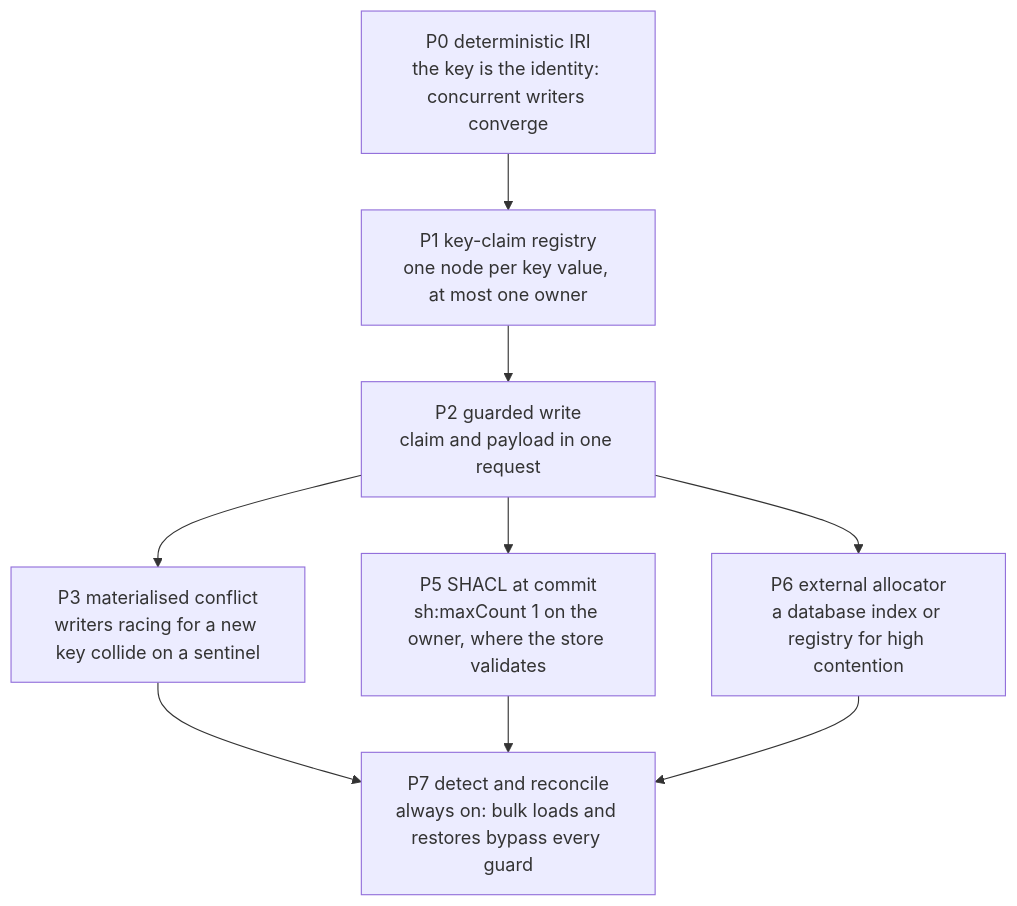
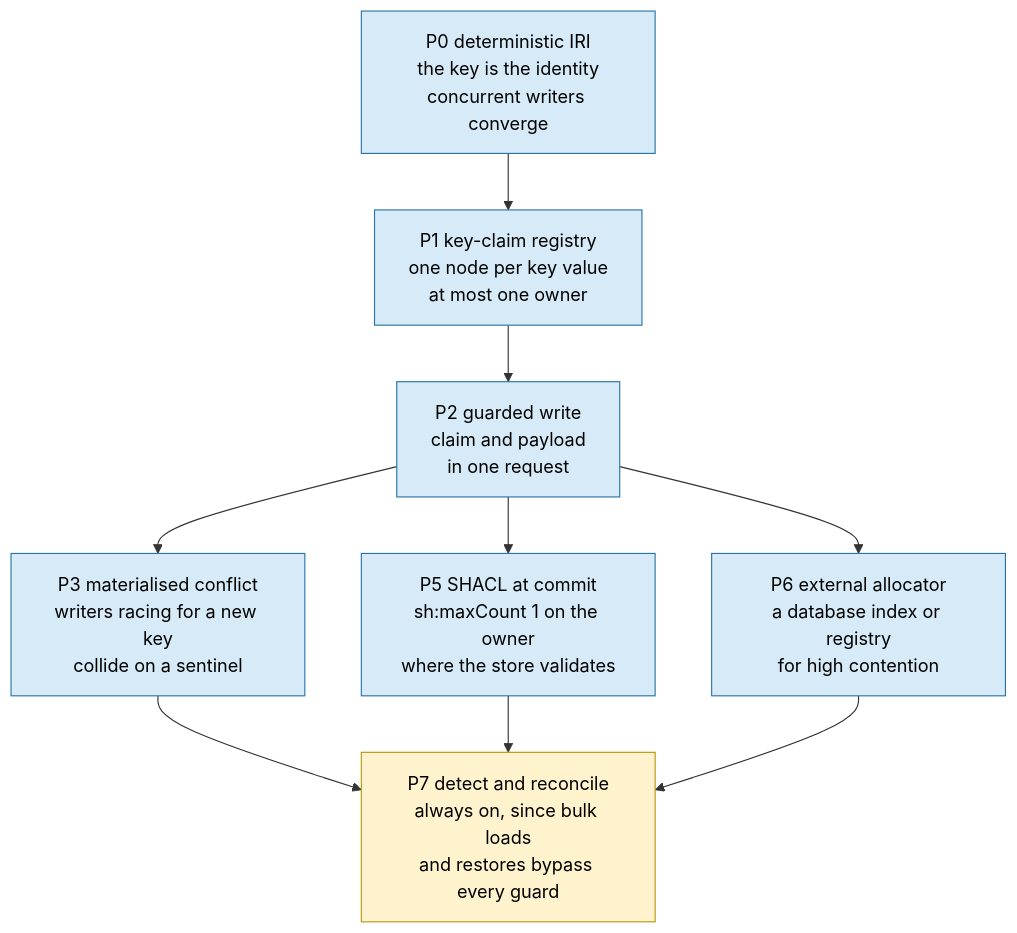
Diagram 12 of 50 in ontology/persistence/README.md (nebularis/lattice), drawn with Mermaid before and after one commit. The commit also changed other lines of this file and 9 other files, not shown here.

````diff
--- a/ontology/persistence/README.md
+++ b/ontology/persistence/README.md
@@ -1133,17 +1216,20 @@
 ```mermaid
 flowchart TB
-    P0["P0 deterministic IRI<br/>the key is the identity: concurrent writers converge"]
-    P1["P1 key-claim registry<br/>one node per key value, at most one owner"]
-    P2["P2 guarded write<br/>claim and payload in one request"]
-    P3["P3 materialised conflict<br/>writers racing for a new key collide on a sentinel"]
-    P5["P5 SHACL at commit<br/>sh:maxCount 1 on the owner, where the store validates"]
-    P6["P6 external allocator<br/>a database index or registry for high contention"]
-    P7["P7 detect and reconcile<br/>always on: bulk loads and restores bypass every guard"]
+    P0["P0 deterministic IRI<br/>the key is the identity<br/>concurrent writers converge"]:::tool
+    P1["P1 key-claim registry<br/>one node per key value<br/>at most one owner"]:::txn
+    P2["P2 guarded write<br/>claim and payload<br/>in one request"]:::tool
+    P3["P3 materialised conflict<br/>writers racing for a new key<br/>collide on a sentinel"]:::tool
+    P5["P5 SHACL at commit<br/>sh:maxCount 1 on the owner<br/>where the store validates"]:::tool
+    P6["P6 external allocator<br/>a database index or registry<br/>for high contention"]:::tool
+    P7["P7 detect and reconcile<br/>always on, since bulk loads<br/>and restores bypass every guard"]:::history
     P0 --> P1 --> P2
     P2 --> P3
     P2 --> P5
     P2 --> P6
     P3 --> P7
     P5 --> P7
     P6 --> P7
+    classDef tool fill:#d6eaf8,stroke:#2874a6,color:#000
+    classDef txn fill:#d6eaf8,stroke:#2874a6,color:#000
+    classDef history fill:#fff3cd,stroke:#b7950b,color:#000
 ```
````
